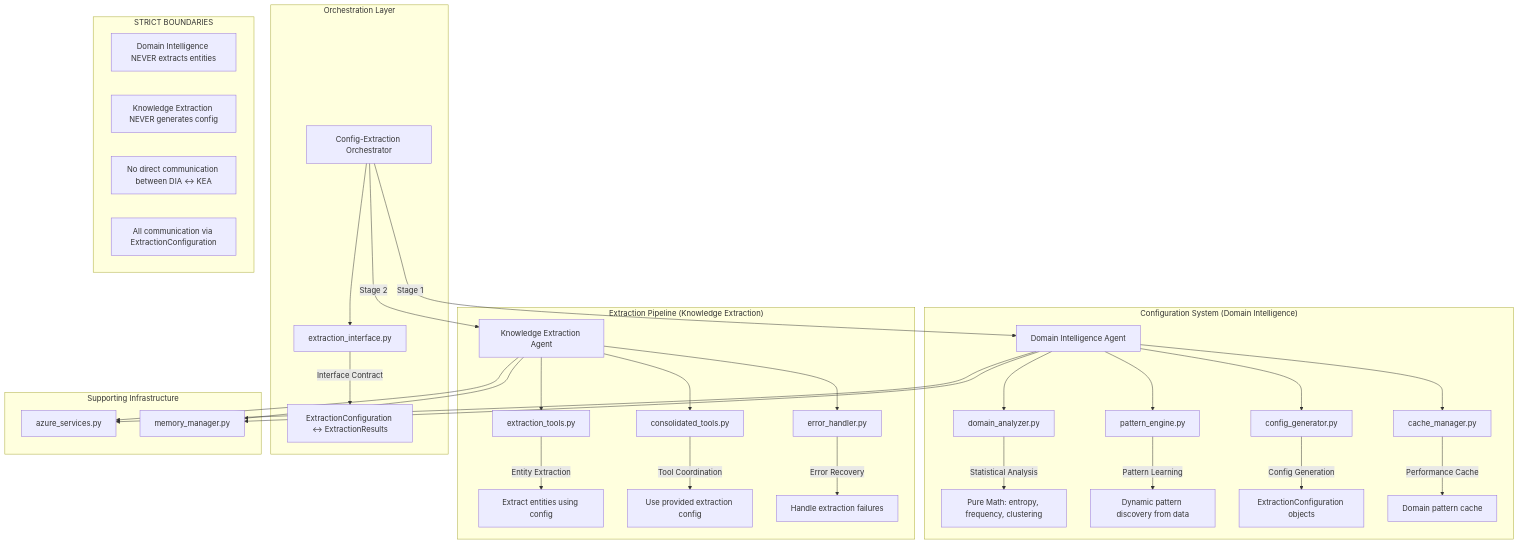
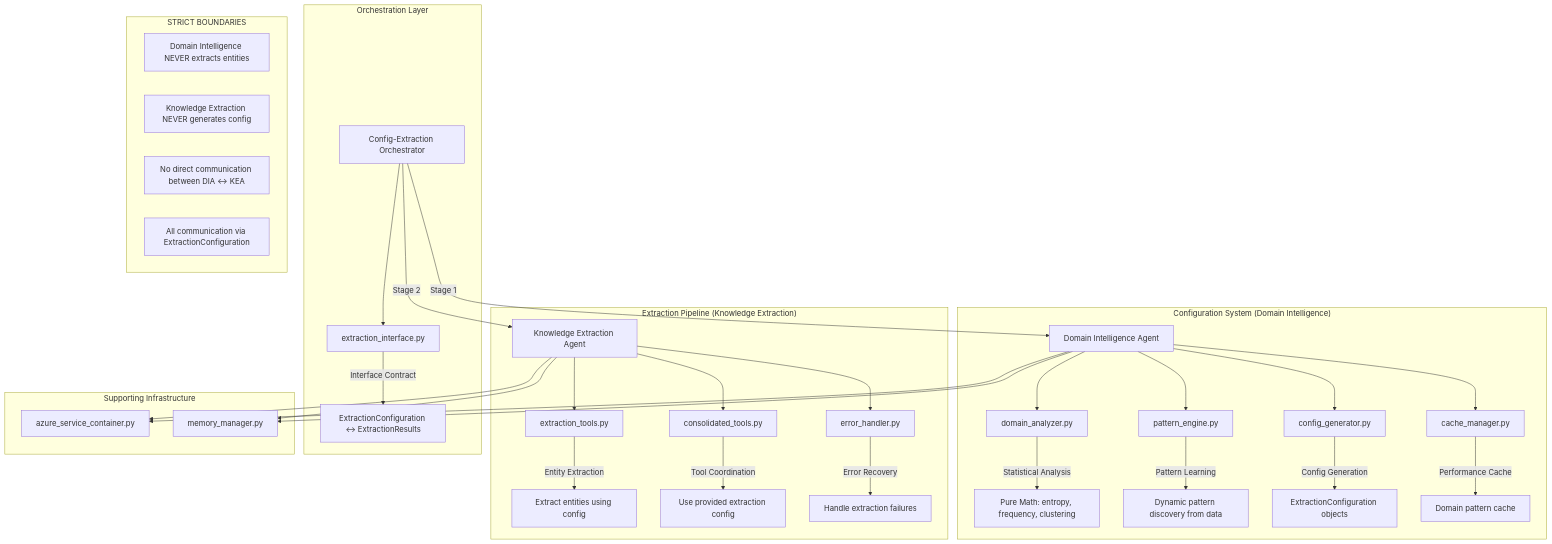
One commit to david3xu/azure-maintie-rag changed the second of 2 diagrams in docs/architecture/CONFIG_VS_EXTRACTION_ARCHITECTURE.md. Above: the diagram before and after it, drawn with Mermaid. The commit also changed other lines of this file and 116 other files, not shown here.

````diff
--- a/docs/architecture/CONFIG_VS_EXTRACTION_ARCHITECTURE.md
+++ b/docs/architecture/CONFIG_VS_EXTRACTION_ARCHITECTURE.md
@@ -421,52 +421,52 @@
 ```mermaid
 graph TB
     subgraph "Configuration System (Domain Intelligence)"
         DIA[Domain Intelligence Agent]
         DIA --> DA[domain_analyzer.py]
         DIA --> PE[pattern_engine.py]
         DIA --> CG[config_generator.py]
         DIA --> CM[cache_manager.py]
 
         DA --> |"Statistical Analysis"| STATS[Pure Math: entropy, frequency, clustering]
         PE --> |"Pattern Learning"| LEARN[Dynamic pattern discovery from data]
         CG --> |"Config Generation"| CONF[ExtractionConfiguration objects]
         CM --> |"Performance Cache"| CACHE[Domain pattern cache]
     end
 
     subgraph "Extraction Pipeline (Knowledge Extraction)"
         KEA[Knowledge Extraction Agent]
         KEA --> ET[extraction_tools.py]
         KEA --> CT[consolidated_tools.py]
         KEA --> EH[error_handler.py]
 
         ET --> |"Entity Extraction"| ENT[Extract entities using config]
         CT --> |"Tool Coordination"| TOOLS[Use provided extraction config]
         EH --> |"Error Recovery"| ERR[Handle extraction failures]
     end
 
     subgraph "Orchestration Layer"
         CEO[Config-Extraction Orchestrator]
         CEO --> |"Stage 1"| DIA
         CEO --> |"Stage 2"| KEA
         CEO --> EI[extraction_interface.py]
 
         EI --> |"Interface Contract"| IC[ExtractionConfiguration ↔ ExtractionResults]
     end
 
     subgraph "Supporting Infrastructure"
-        AS[azure_services.py]
+        AS[azure_service_container.py]
         MM[memory_manager.py]
 
         KEA --> AS
         KEA --> MM
         DIA --> AS
         DIA --> MM
     end
 
     subgraph "STRICT BOUNDARIES"
         BOUNDARY1[Domain Intelligence NEVER extracts entities]
         BOUNDARY2[Knowledge Extraction NEVER generates config]
         BOUNDARY3[No direct communication between DIA ↔ KEA]
         BOUNDARY4[All communication via ExtractionConfiguration]
     end
 ```
````
